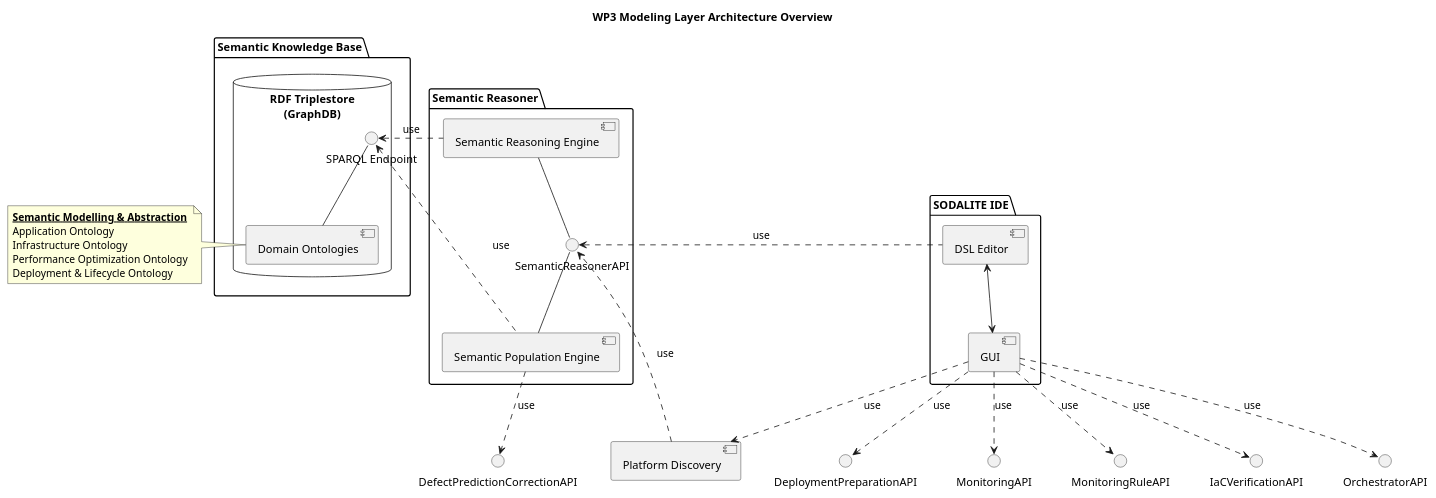
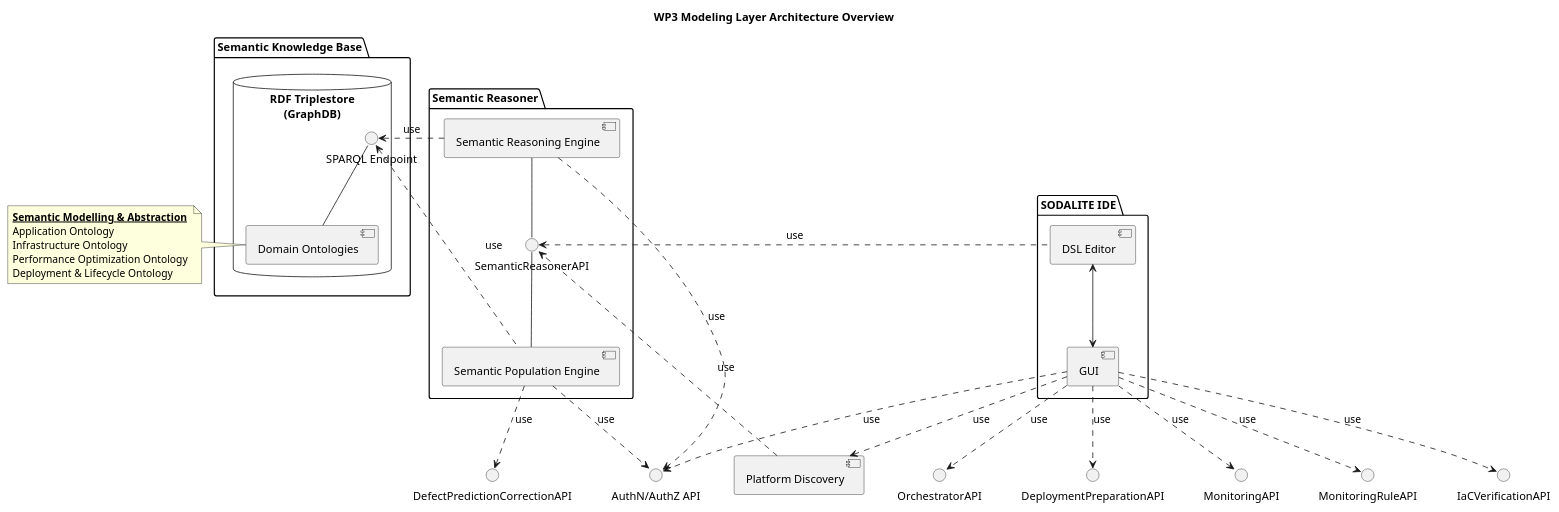
The diagram in uml/component-diagrams/CD-WP3-ArchitectureOverview.puml (SODALITE-EU/project-wide-documentation), drawn with PlantUML before and after one commit. The commit also changed 1 other file, not shown here.

```diff
--- a/uml/component-diagrams/CD-WP3-ArchitectureOverview.puml
+++ b/uml/component-diagrams/CD-WP3-ArchitectureOverview.puml
@@ -1,56 +1,60 @@
 @startuml
 
 title WP3 Modeling Layer Architecture Overview
 
+interface "AuthN/AuthZ API" as AAUAPI
 interface "DeploymentPreparationAPI" as deploymentPreparationAPI
 interface "DefectPredictionCorrectionAPI" as correctionAPI
 interface "MonitoringAPI" as monitoringAPI
 interface "MonitoringRuleAPI" as monitoringRuleAPI
 interface "IaCVerificationAPI" as iacverificationAPI
 interface "OrchestratorAPI" as orchestratorAPI
 
 component "Platform Discovery" as PDS 
 package "SODALITE IDE" as IDE {
     component [DSL Editor] as ideDSLeditor
     component [GUI] as ideGUI
 }
 
 package "Semantic Reasoner" as res {
     interface "SemanticReasonerAPI" as resAPI
     component [Semantic Population Engine] as resPopulationEngine
     component [Semantic Reasoning Engine] as resReasoningEngine
 }
 
 package "Semantic Knowledge Base" as repo {
     database "RDF Triplestore\n(GraphDB)" as triplestore {
         interface "SPARQL Endpoint" as repoEndpoint
         component [Domain Ontologies] as repoOntologies
     }
 }
 
 note left of repoOntologies
    __**Semantic Modelling & Abstraction**__ 
    Application Ontology
    Infrastructure Ontology
    Performance Optimization Ontology
    Deployment & Lifecycle Ontology
 end note
 
 ideGUI ..> PDS : use
 PDS ..> resAPI : use
 resAPI -down- resPopulationEngine
 resAPI -up- resReasoningEngine
 ideDSLeditor .left.> resAPI: use
 ideDSLeditor <-down-> ideGUI
 repoOntologies -up- repoEndpoint
 resPopulationEngine .left.> repoEndpoint: use
 resReasoningEngine .left.> repoEndpoint: use
+resReasoningEngine ..> AAUAPI: use
 resPopulationEngine ..> correctionAPI: use
+resPopulationEngine ..> AAUAPI: use
 ideGUI ..> deploymentPreparationAPI : use
 ideGUI ..> monitoringAPI : use
 ideGUI ..> monitoringRuleAPI : use
 ideGUI ..> iacverificationAPI : use
 ideGUI ..> orchestratorAPI : use
+ideGUI ..> AAUAPI: use
 
 
 @enduml
```
